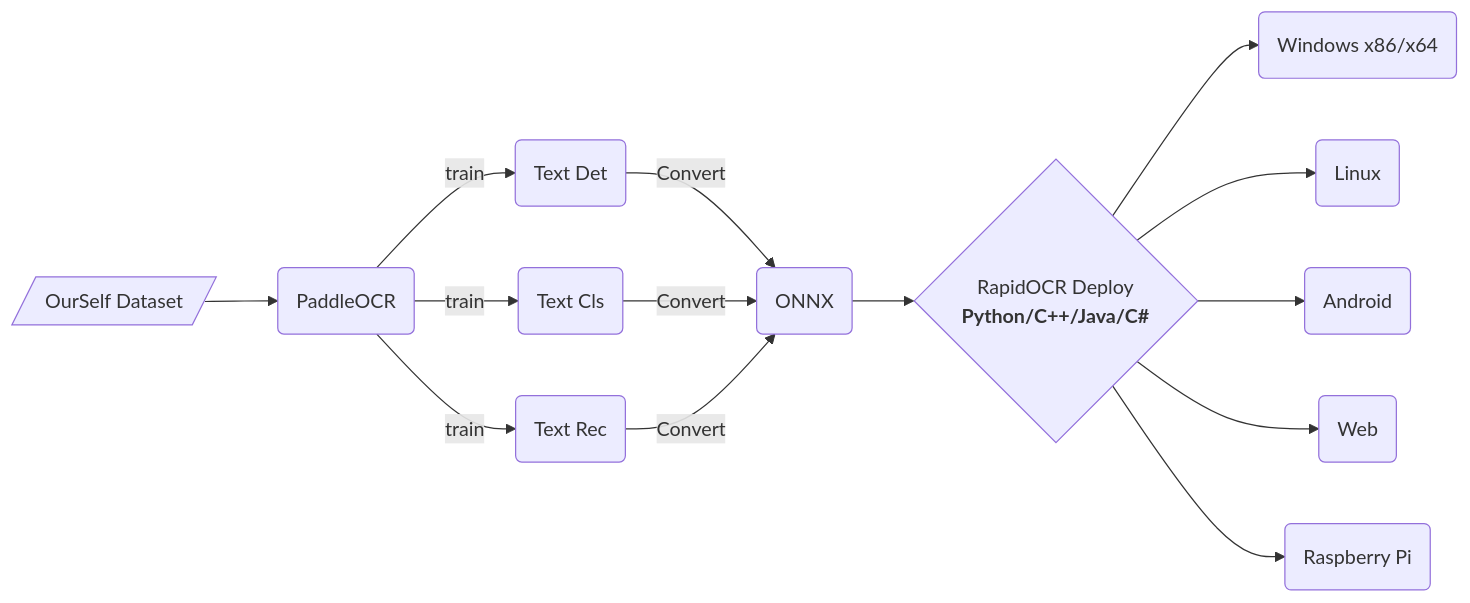
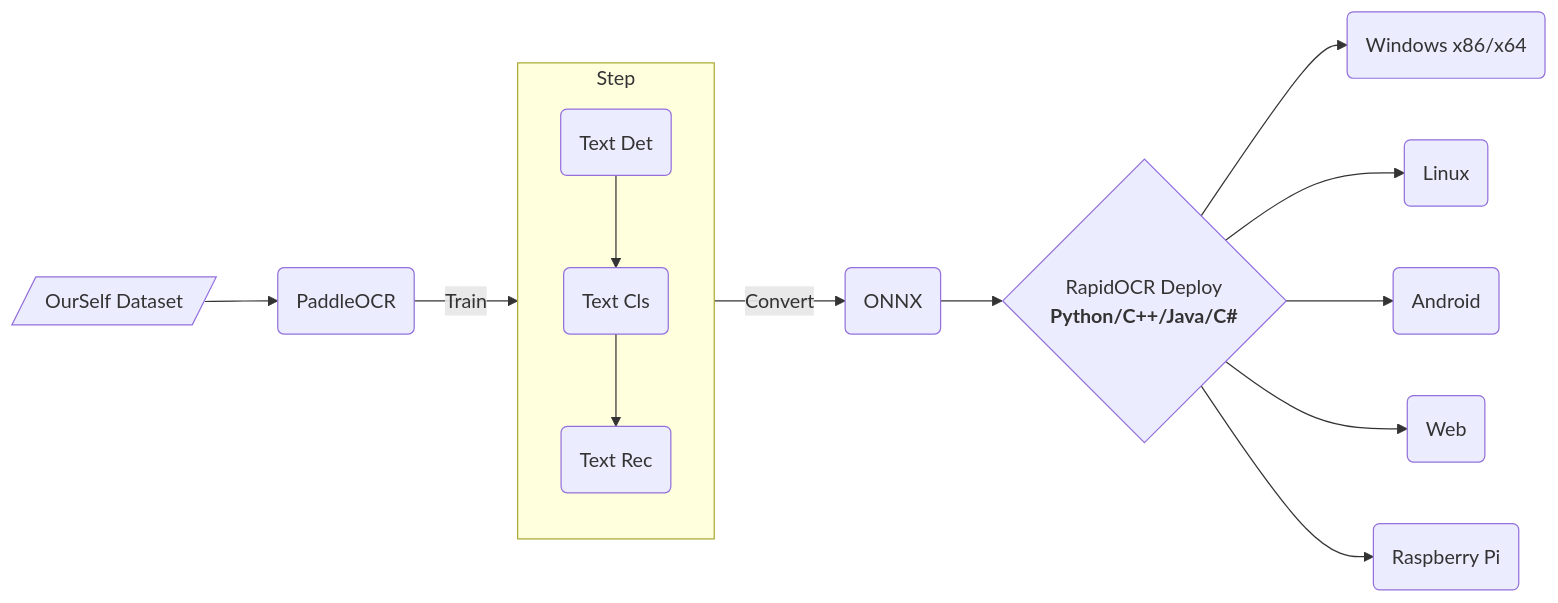
Before and after one commit to RapidAI/RapidOCR: the diagram in README.md, drawn with Mermaid. The commit also changed 1 other file, not shown here.

````diff
--- a/README.md
+++ b/README.md
@@ -80,7 +80,13 @@
 ```mermaid
 flowchart LR
-    A[/OurSelf Dataset/] --> B(PaddleOCR)
-    B --train --> C(Text Det) & D(Text Cls) & E(Text Rec) --Convert--> F(ONNX)
+    subgraph Step
+    direction TB
+    C(Text Det) --> D(Text Cls) --> E(Text Rec)
+    end
+
+    A[/OurSelf Dataset/] --> B(PaddleOCR) --Train--> Step --Convert--> F(ONNX)
     F --> G{RapidOCR Deploy\n<b>Python/C++/Java/C#</b>}
     G --> H(Windows x86/x64) & I(Linux) & J(Android) & K(Web) & L(Raspberry Pi)
+
+    click B "https://github.com/PaddlePaddle/PaddleOCR" _blank
 ```
````
